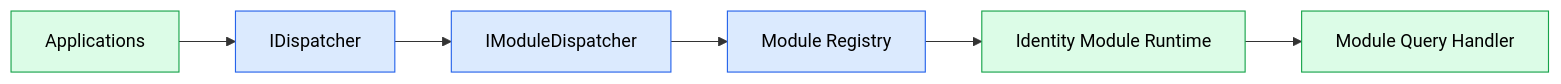
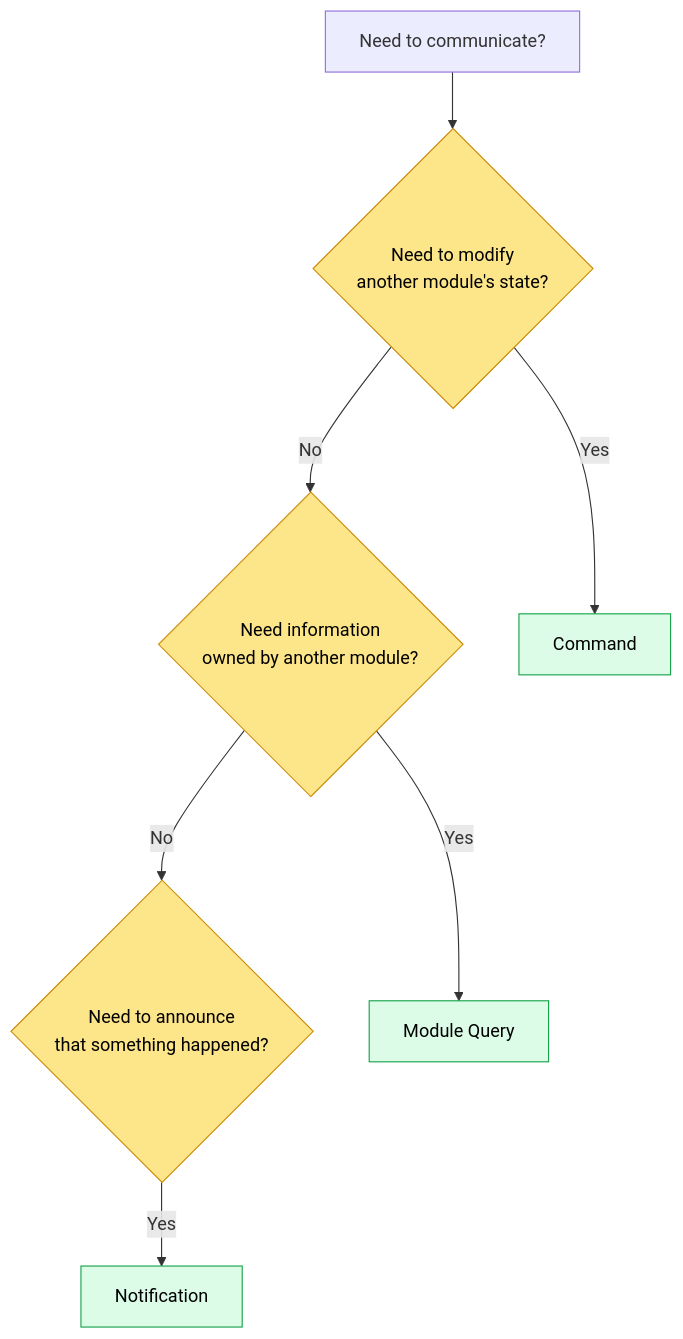
The second of 3 diagrams in docs/architecture/06-module-communication.md (soufiane-rizk/Jobwize), drawn with Mermaid before and after one commit. The commit also changed other lines of this file and 10 other files, not shown here.

Commit message:
docs(architecture): document the new runtime architecture

````diff
--- a/docs/architecture/06-module-communication.md
+++ b/docs/architecture/06-module-communication.md
@@ -160,31 +160,35 @@
 ```mermaid
-flowchart LR
+flowchart TD
 
-    A["Applications"]
+    Start["Need to communicate?"]
 
-    Dispatcher["IDispatcher"]
+    Modify{"Need to modify<br/>another module's state?"}
 
-    ModuleDispatcher["IModuleDispatcher"]
+    Read{"Need information<br/>owned by another module?"}
 
-    Registry["Module Registry"]
+    Event{"Need to announce<br/>that something happened?"}
 
-    Runtime["Identity Module Runtime"]
+    Command["Command"]
 
-    Handler["Module Query Handler"]
+    Query["Module Query"]
 
-    A --> Dispatcher
+    Notification["Notification"]
 
-    Dispatcher --> ModuleDispatcher
+    Start --> Modify
 
-    ModuleDispatcher --> Registry
+    Modify -->|Yes| Command
 
-    Registry --> Runtime
+    Modify -->|No| Read
 
-    Runtime --> Handler
+    Read -->|Yes| Query
 
-    classDef module fill:#dcfce7,stroke:#16a34a,color:#000;
-    classDef infrastructure fill:#dbeafe,stroke:#2563eb,color:#000;
+    Read -->|No| Event
 
-    class A,Runtime,Handler module;
-    class Dispatcher,ModuleDispatcher,Registry infrastructure;
+    Event -->|Yes| Notification
+
+    classDef decision fill:#fde68a,stroke:#ca8a04,color:#000;
+    classDef action fill:#dcfce7,stroke:#16a34a,color:#000;
+
+    class Modify,Read,Event decision;
+    class Command,Query,Notification action;
 ```
````
